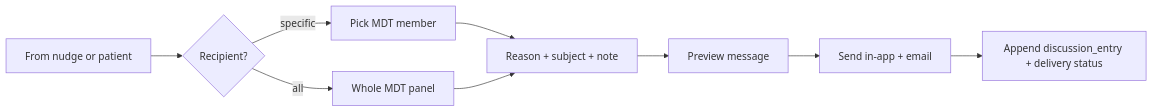
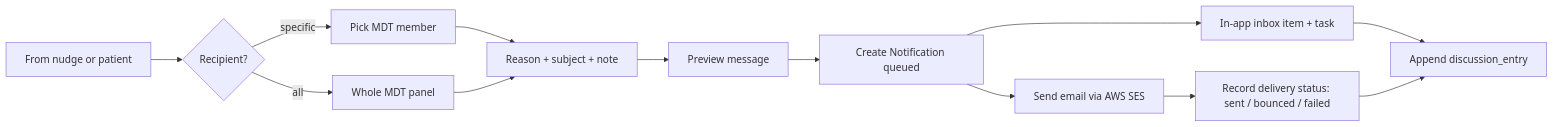
Before and after one commit to rajeshpachar/prostacare-thb: the eighth of 11 diagrams in docs/PROSTACARE_FUNCTIONAL_LOGIC_SPEC.md, drawn with Mermaid. The commit also changed other lines of this file and 6 other files, not shown here.

Commit message:
Add cross-tenant aggregation + tenant onboarding specs; explicit SES notification workflow

````diff
--- a/docs/PROSTACARE_FUNCTIONAL_LOGIC_SPEC.md
+++ b/docs/PROSTACARE_FUNCTIONAL_LOGIC_SPEC.md
@@ -278,11 +278,15 @@
 ```mermaid
 flowchart LR
   A[From nudge or patient] --> M{Recipient?}
   M -- specific --> M1[Pick MDT member]
   M -- all --> M2[Whole MDT panel]
   M1 --> F[Reason + subject + note]
   M2 --> F
   F --> P[Preview message]
-  P --> S[Send in-app + email]
-  S --> L[Append discussion_entry + delivery status]
+  P --> Q[Create Notification queued]
+  Q --> IN[In-app inbox item + task]
+  Q --> EM[Send email via AWS SES]
+  EM --> DS[Record delivery status: sent / bounced / failed]
+  IN --> L[Append discussion_entry]
+  DS --> L
 ```
````
